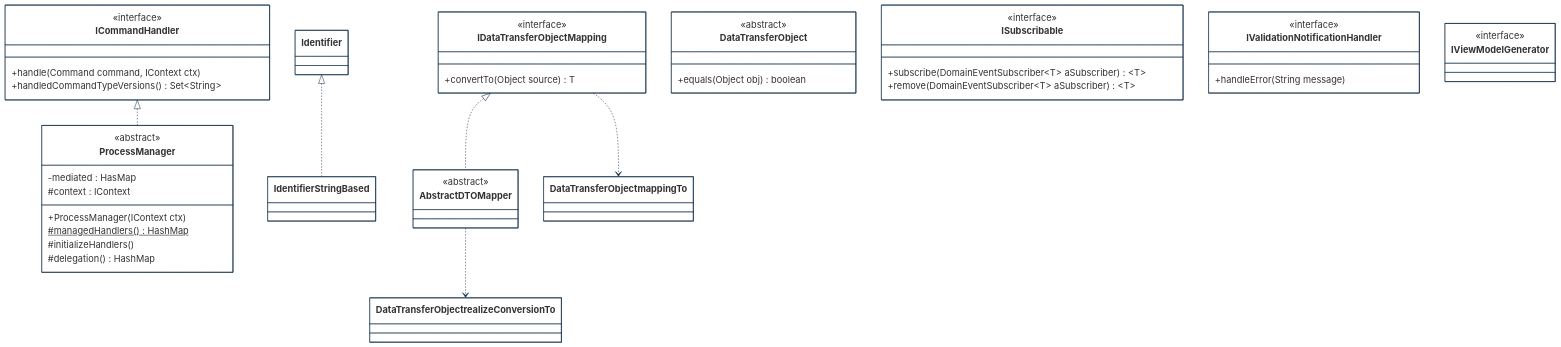
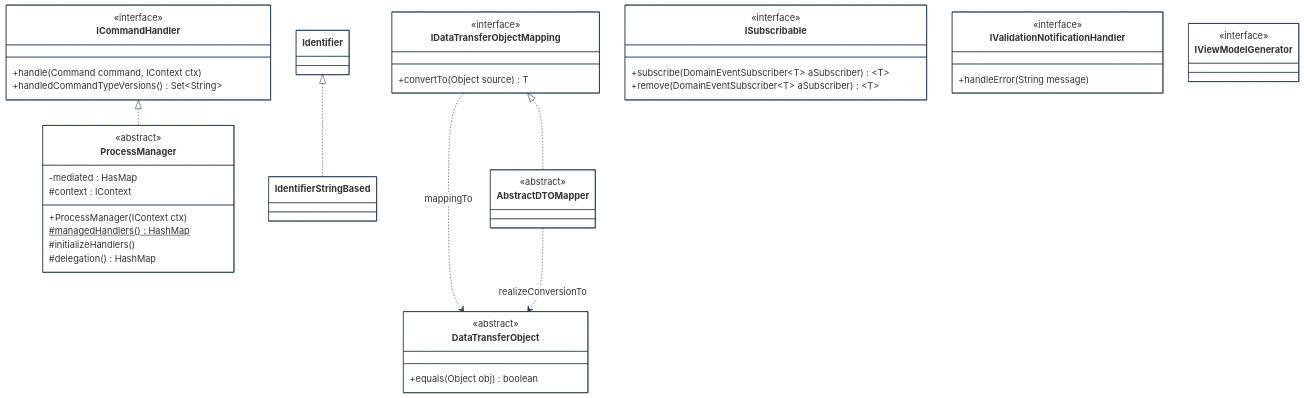
One commit to cybnity/foundation changed the second of 3 diagrams in implementations-line/framework/domain/designview-structure-models.md. Above: the diagram before and after it, drawn with Mermaid.

````diff
--- a/implementations-line/framework/domain/designview-structure-models.md
+++ b/implementations-line/framework/domain/designview-structure-models.md
@@ -161,64 +161,64 @@
 ```mermaid
 %%{
   init: {
     'theme': 'base',
     'themeVariables': {
         'background': '#ffffff',
         'fontFamily': 'arial',
         'fontSize': '18px',
         'primaryColor': '#fff',
         'primaryBorderColor': '#0e2a43',
         'secondaryBorderColor': '#0e2a43',
         'tertiaryBorderColor': '#0e2a43',
         'edgeLabelBackground':'#0e2a43',
         'lineColor': '#0e2a43',
         'tertiaryColor': '#fff'
     }
   }
 }%%
 classDiagram
     ICommandHandler <|.. ProcessManager
     Identifier <|.. IdentifierStringBased
     IDataTransferObjectMapping <|.. AbstractDTOMapper
-    IDataTransferObjectMapping ..> DataTransferObject mappingTo
-    AbstractDTOMapper ..> DataTransferObject realizeConversionTo
+    IDataTransferObjectMapping ..> DataTransferObject : mappingTo
+    AbstractDTOMapper ..> DataTransferObject : realizeConversionTo
     
     class ICommandHandler {
         <<interface>>
         +handle(Command command, IContext ctx)
         +handledCommandTypeVersions() Set~String~
     }
     class DataTransferObject {
         <<abstract>>
         +equals(Object obj) boolean
     }
     class ProcessManager {
         <<abstract>>
         -mediated : HasMap
         #context : IContext
         +ProcessManager(IContext ctx)
         #managedHandlers()$ HashMap
         #initializeHandlers()
         #delegation() HashMap
     }
     class ISubscribable {
         <<interface>>
         +subscribe(DomainEventSubscriber~T~ aSubscriber) ~T~
         +remove(DomainEventSubscriber~T~ aSubscriber) ~T~
     }
     class IValidationNotificationHandler {
         <<interface>>
         +handleError(String message)
     }
     class IViewModelGenerator {
         <<interface>>
     }
     class IDataTransferObjectMapping {
         <<interface>>
         +convertTo(Object source) T
     }
     class AbstractDTOMapper {
         <<abstract>>
     }
 
 ```
````
